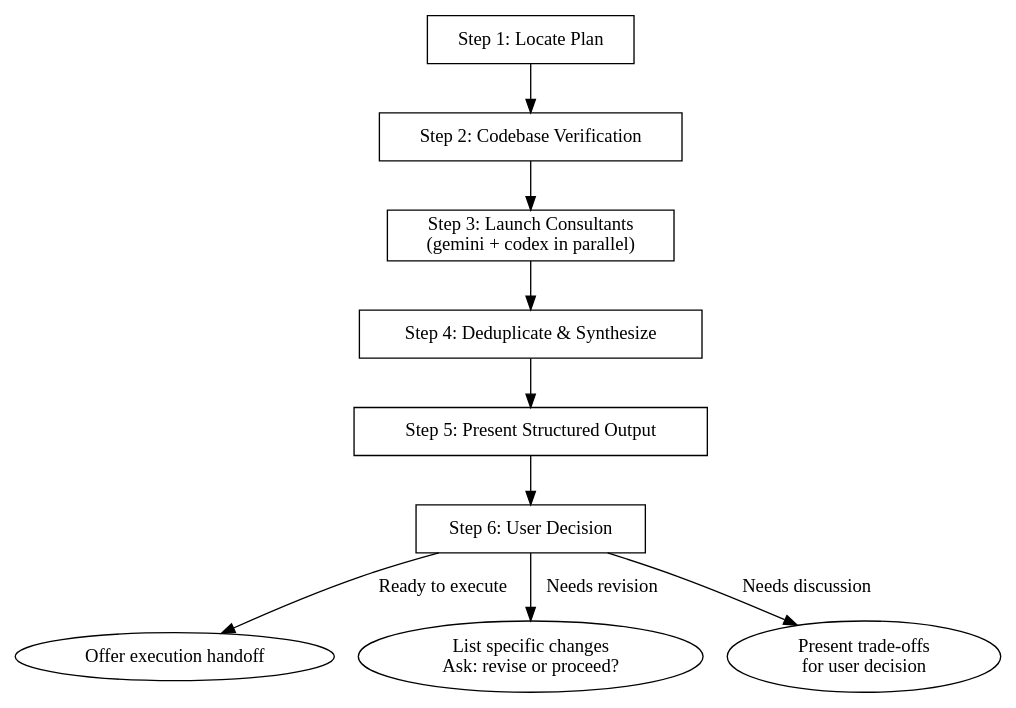
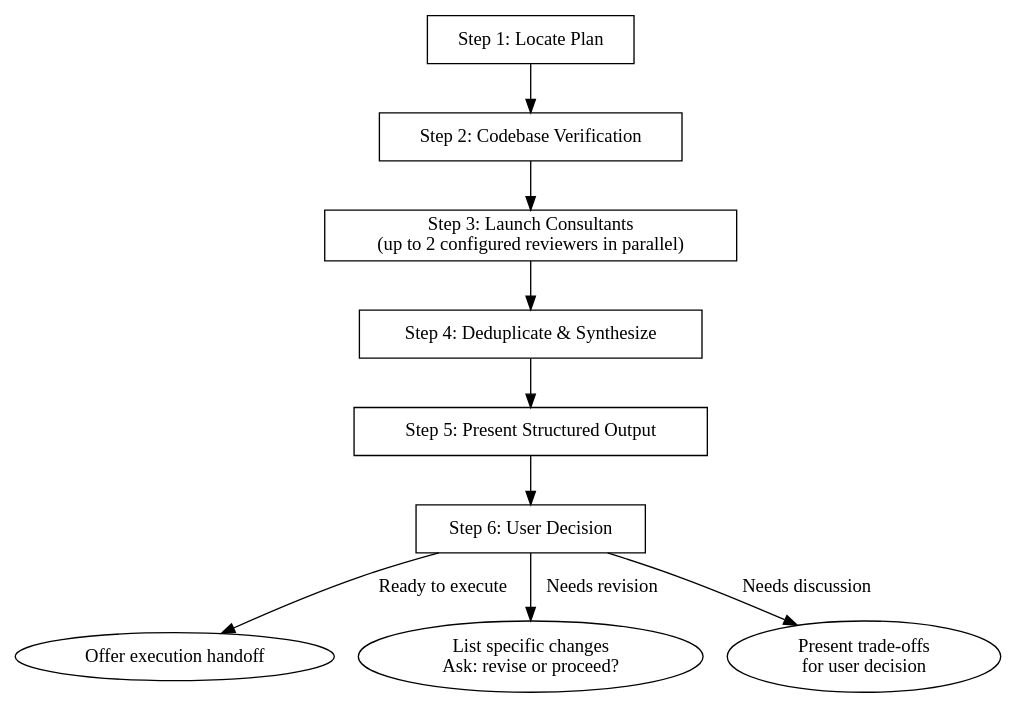
The diagram in plugins/council/skills/review-plan/SKILL.md (rube-de/cc-skills), drawn with Graphviz before and after one commit. The commit also changed other lines of this file and 10 other files, not shown here.

````diff
--- a/plugins/council/skills/review-plan/SKILL.md
+++ b/plugins/council/skills/review-plan/SKILL.md
@@ -18,23 +18,23 @@
 ```dot
 digraph review_plan {
   rankdir=TB;
   node [shape=box];
 
   locate [label="Step 1: Locate Plan"];
   verify [label="Step 2: Codebase Verification"];
-  launch [label="Step 3: Launch Consultants\n(gemini + codex in parallel)"];
+  launch [label="Step 3: Launch Consultants\n(up to 2 configured reviewers in parallel)"];
   synthesize [label="Step 4: Deduplicate & Synthesize"];
   present [label="Step 5: Present Structured Output"];
   decide [label="Step 6: User Decision"];
 
   locate -> verify -> launch -> synthesize -> present -> decide;
 
   decide -> execute [label="Ready to execute"];
   decide -> revise [label="Needs revision"];
   decide -> discuss [label="Needs discussion"];
 
   execute [label="Offer execution handoff" shape=ellipse];
   revise [label="List specific changes\nAsk: revise or proceed?" shape=ellipse];
   discuss [label="Present trade-offs\nfor user decision" shape=ellipse];
 }
 ```
````
